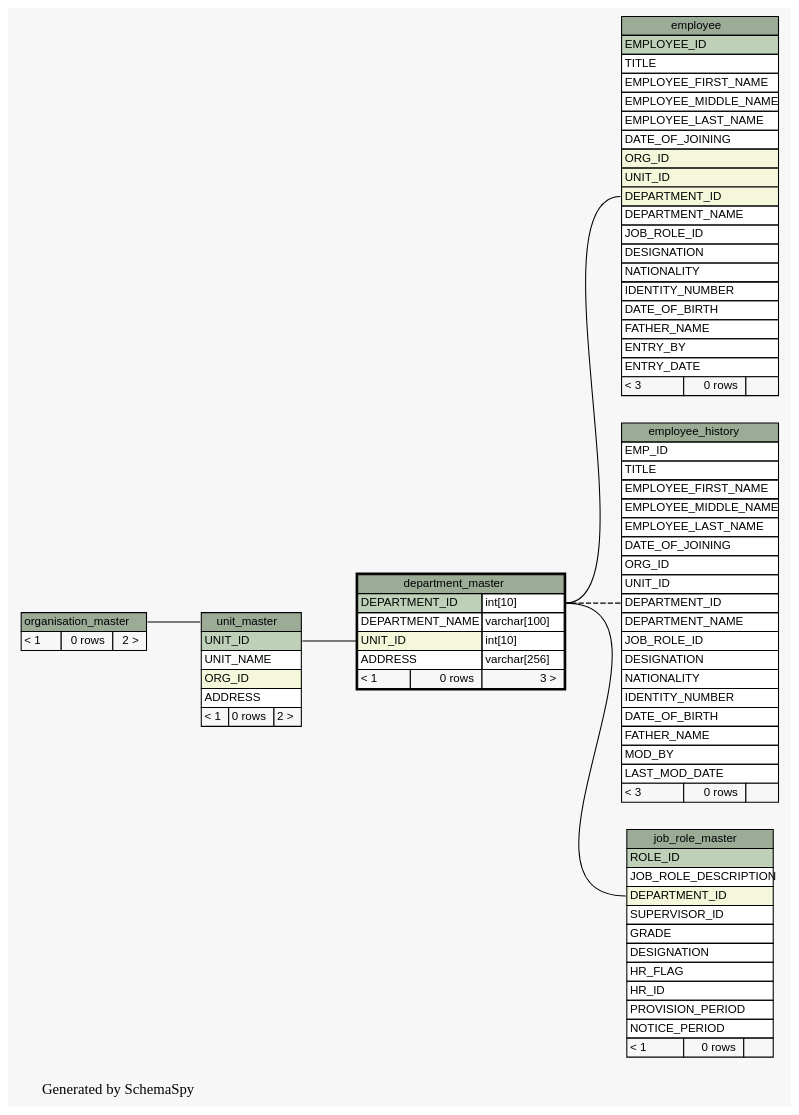
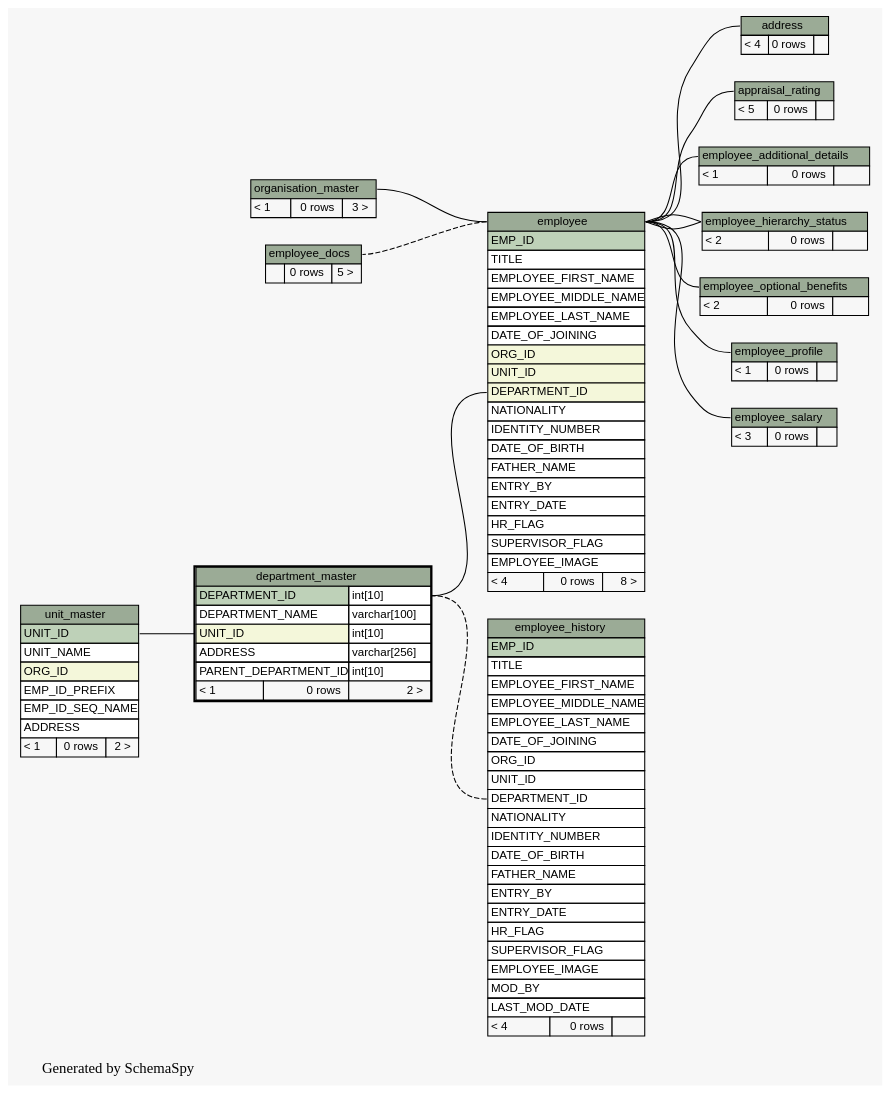
Before and after one commit to engineerscraft/hrms: the diagram in docs/database/schemaspy/graphs/department_master.implied2degrees.dot, drawn with Graphviz. The commit also changed 168 other files, not shown here.

Commit message:
Database script modified and schemaspy doc generated

```diff
--- a/docs/database/schemaspy/graphs/department_master.implied2degrees.dot
+++ b/docs/database/schemaspy/graphs/department_master.implied2degrees.dot
@@ -14,11 +14,37 @@
   edge [
     arrowsize="0.8"
   ];
+  "address":"address.heading":w -> "employee":"employee.heading":e [arrowtail=tee arrowhead=none];
+  "appraisal_rating":"appraisal_rating.heading":w -> "employee":"employee.heading":e [arrowtail=crowtee arrowhead=none];
   "department_master":"UNIT_ID":w -> "unit_master":"UNIT_ID":e [arrowtail=crowodot arrowhead=none];
   "employee":"DEPARTMENT_ID":w -> "department_master":"DEPARTMENT_ID.type":e [arrowtail=crowodot arrowhead=none];
+  "employee":"employee.heading":w -> "employee_docs":"employee_docs.heading":e [arrowtail=tee arrowhead=none style=dashed];
+  "employee":"employee.heading":w -> "organisation_master":"organisation_master.heading":e [arrowtail=crowodot arrowhead=none];
+  "employee_additional_details":"employee_additional_details.heading":w -> "employee":"employee.heading":e [arrowtail=tee arrowhead=none];
+  "employee_hierarchy_status":"employee_hierarchy_status.heading":w -> "employee":"employee.heading":e [arrowtail=tee arrowhead=none];
+  "employee_hierarchy_status":"employee_hierarchy_status.heading":w -> "employee":"employee.heading":e [arrowtail=crowodot arrowhead=none];
   "employee_history":"DEPARTMENT_ID":w -> "department_master":"DEPARTMENT_ID.type":e [arrowtail=crowodot arrowhead=none style=dashed];
-  "job_role_master":"DEPARTMENT_ID":w -> "department_master":"DEPARTMENT_ID.type":e [arrowtail=crowodot arrowhead=none];
-  "unit_master":"unit_master.heading":w -> "organisation_master":"organisation_master.heading":e [arrowtail=crowodot arrowhead=none];
+  "employee_optional_benefits":"employee_optional_benefits.heading":w -> "employee":"employee.heading":e [arrowtail=crowodot arrowhead=none];
+  "employee_profile":"employee_profile.heading":w -> "employee":"employee.heading":e [arrowtail=tee arrowhead=none];
+  "employee_salary":"employee_salary.heading":w -> "employee":"employee.heading":e [arrowtail=crowtee arrowhead=none];
+  "address" [
+    label=<
+    <TABLE BORDER="0" CELLBORDER="1" CELLSPACING="0" BGCOLOR="#ffffff">
+      <TR><TD PORT="address.heading" COLSPAN="3" BGCOLOR="#9bab96" ALIGN="CENTER">address</TD></TR>
+      <TR><TD ALIGN="LEFT" BGCOLOR="#f7f7f7">&lt; 4</TD><TD ALIGN="RIGHT" BGCOLOR="#f7f7f7">0 rows</TD><TD ALIGN="RIGHT" BGCOLOR="#f7f7f7">  </TD></TR>
+    </TABLE>>
+    URL="address.html#graph"
+    tooltip="address"
+  ];
+  "appraisal_rating" [
+    label=<
+    <TABLE BORDER="0" CELLBORDER="1" CELLSPACING="0" BGCOLOR="#ffffff">
+      <TR><TD PORT="appraisal_rating.heading" COLSPAN="3" BGCOLOR="#9bab96" ALIGN="CENTER">appraisal_rating</TD></TR>
+      <TR><TD ALIGN="LEFT" BGCOLOR="#f7f7f7">&lt; 5</TD><TD ALIGN="RIGHT" BGCOLOR="#f7f7f7">0 rows</TD><TD ALIGN="RIGHT" BGCOLOR="#f7f7f7">  </TD></TR>
+    </TABLE>>
+    URL="appraisal_rating.html#graph"
+    tooltip="appraisal_rating"
+  ];
   "department_master" [
     label=<
     <TABLE BORDER="2" CELLBORDER="1" CELLSPACING="0" BGCOLOR="#ffffff">
@@ -27,7 +53,8 @@
       <TR><TD PORT="DEPARTMENT_NAME" COLSPAN="2" ALIGN="LEFT">DEPARTMENT_NAME</TD><TD PORT="DEPARTMENT_NAME.type" ALIGN="LEFT">varchar[100]</TD></TR>
       <TR><TD PORT="UNIT_ID" COLSPAN="2" BGCOLOR="#f4f7da" ALIGN="LEFT">UNIT_ID</TD><TD PORT="UNIT_ID.type" ALIGN="LEFT">int[10]</TD></TR>
       <TR><TD PORT="ADDRESS" COLSPAN="2" ALIGN="LEFT">ADDRESS</TD><TD PORT="ADDRESS.type" ALIGN="LEFT">varchar[256]</TD></TR>
-      <TR><TD ALIGN="LEFT" BGCOLOR="#f7f7f7">&lt; 1</TD><TD ALIGN="RIGHT" BGCOLOR="#f7f7f7">0 rows</TD><TD ALIGN="RIGHT" BGCOLOR="#f7f7f7">3 &gt;</TD></TR>
+      <TR><TD PORT="PARENT_DEPARTMENT_ID" COLSPAN="2" ALIGN="LEFT">PARENT_DEPARTMENT_ID</TD><TD PORT="PARENT_DEPARTMENT_ID.type" ALIGN="LEFT">int[10]</TD></TR>
+      <TR><TD ALIGN="LEFT" BGCOLOR="#f7f7f7">&lt; 1</TD><TD ALIGN="RIGHT" BGCOLOR="#f7f7f7">0 rows</TD><TD ALIGN="RIGHT" BGCOLOR="#f7f7f7">2 &gt;</TD></TR>
     </TABLE>>
     URL="department_master.html#"
     tooltip="department_master"
@@ -36,7 +63,7 @@
     label=<
     <TABLE BORDER="0" CELLBORDER="1" CELLSPACING="0" BGCOLOR="#ffffff">
       <TR><TD PORT="employee.heading" COLSPAN="3" BGCOLOR="#9bab96" ALIGN="CENTER">employee</TD></TR>
-      <TR><TD PORT="EMPLOYEE_ID" COLSPAN="3" BGCOLOR="#bed1b8" ALIGN="LEFT">EMPLOYEE_ID</TD></TR>
+      <TR><TD PORT="EMP_ID" COLSPAN="3" BGCOLOR="#bed1b8" ALIGN="LEFT">EMP_ID</TD></TR>
       <TR><TD PORT="TITLE" COLSPAN="3" ALIGN="LEFT">TITLE</TD></TR>
       <TR><TD PORT="EMPLOYEE_FIRST_NAME" COLSPAN="3" ALIGN="LEFT">EMPLOYEE_FIRST_NAME</TD></TR>
       <TR><TD PORT="EMPLOYEE_MIDDLE_NAME" COLSPAN="3" ALIGN="LEFT">EMPLOYEE_MIDDLE_NAME</TD></TR>
@@ -45,25 +72,52 @@
       <TR><TD PORT="ORG_ID" COLSPAN="3" BGCOLOR="#f4f7da" ALIGN="LEFT">ORG_ID</TD></TR>
       <TR><TD PORT="UNIT_ID" COLSPAN="3" BGCOLOR="#f4f7da" ALIGN="LEFT">UNIT_ID</TD></TR>
       <TR><TD PORT="DEPARTMENT_ID" COLSPAN="3" BGCOLOR="#f4f7da" ALIGN="LEFT">DEPARTMENT_ID</TD></TR>
-      <TR><TD PORT="DEPARTMENT_NAME" COLSPAN="3" ALIGN="LEFT">DEPARTMENT_NAME</TD></TR>
-      <TR><TD PORT="JOB_ROLE_ID" COLSPAN="3" ALIGN="LEFT">JOB_ROLE_ID</TD></TR>
-      <TR><TD PORT="DESIGNATION" COLSPAN="3" ALIGN="LEFT">DESIGNATION</TD></TR>
       <TR><TD PORT="NATIONALITY" COLSPAN="3" ALIGN="LEFT">NATIONALITY</TD></TR>
       <TR><TD PORT="IDENTITY_NUMBER" COLSPAN="3" ALIGN="LEFT">IDENTITY_NUMBER</TD></TR>
       <TR><TD PORT="DATE_OF_BIRTH" COLSPAN="3" ALIGN="LEFT">DATE_OF_BIRTH</TD></TR>
       <TR><TD PORT="FATHER_NAME" COLSPAN="3" ALIGN="LEFT">FATHER_NAME</TD></TR>
       <TR><TD PORT="ENTRY_BY" COLSPAN="3" ALIGN="LEFT">ENTRY_BY</TD></TR>
       <TR><TD PORT="ENTRY_DATE" COLSPAN="3" ALIGN="LEFT">ENTRY_DATE</TD></TR>
-      <TR><TD ALIGN="LEFT" BGCOLOR="#f7f7f7">&lt; 3</TD><TD ALIGN="RIGHT" BGCOLOR="#f7f7f7">0 rows</TD><TD ALIGN="RIGHT" BGCOLOR="#f7f7f7">  </TD></TR>
+      <TR><TD PORT="HR_FLAG" COLSPAN="3" ALIGN="LEFT">HR_FLAG</TD></TR>
+      <TR><TD PORT="SUPERVISOR_FLAG" COLSPAN="3" ALIGN="LEFT">SUPERVISOR_FLAG</TD></TR>
+      <TR><TD PORT="EMPLOYEE_IMAGE" COLSPAN="3" ALIGN="LEFT">EMPLOYEE_IMAGE</TD></TR>
+      <TR><TD ALIGN="LEFT" BGCOLOR="#f7f7f7">&lt; 4</TD><TD ALIGN="RIGHT" BGCOLOR="#f7f7f7">0 rows</TD><TD ALIGN="RIGHT" BGCOLOR="#f7f7f7">8 &gt;</TD></TR>
     </TABLE>>
     URL="employee.html#graph"
     tooltip="employee"
+  ];
+  "employee_additional_details" [
+    label=<
+    <TABLE BORDER="0" CELLBORDER="1" CELLSPACING="0" BGCOLOR="#ffffff">
+      <TR><TD PORT="employee_additional_details.heading" COLSPAN="3" BGCOLOR="#9bab96" ALIGN="CENTER">employee_additional_details</TD></TR>
+      <TR><TD ALIGN="LEFT" BGCOLOR="#f7f7f7">&lt; 1</TD><TD ALIGN="RIGHT" BGCOLOR="#f7f7f7">0 rows</TD><TD ALIGN="RIGHT" BGCOLOR="#f7f7f7">  </TD></TR>
+    </TABLE>>
+    URL="employee_additional_details.html#graph"
+    tooltip="employee_additional_details"
+  ];
+  "employee_docs" [
+    label=<
+    <TABLE BORDER="0" CELLBORDER="1" CELLSPACING="0" BGCOLOR="#ffffff">
+      <TR><TD PORT="employee_docs.heading" COLSPAN="3" BGCOLOR="#9bab96" ALIGN="CENTER">employee_docs</TD></TR>
+      <TR><TD ALIGN="LEFT" BGCOLOR="#f7f7f7">  </TD><TD ALIGN="RIGHT" BGCOLOR="#f7f7f7">0 rows</TD><TD ALIGN="RIGHT" BGCOLOR="#f7f7f7">5 &gt;</TD></TR>
+    </TABLE>>
+    URL="employee_docs.html#graph"
+    tooltip="employee_docs"
+  ];
+  "employee_hierarchy_status" [
+    label=<
+    <TABLE BORDER="0" CELLBORDER="1" CELLSPACING="0" BGCOLOR="#ffffff">
+      <TR><TD PORT="employee_hierarchy_status.heading" COLSPAN="3" BGCOLOR="#9bab96" ALIGN="CENTER">employee_hierarchy_status</TD></TR>
+      <TR><TD ALIGN="LEFT" BGCOLOR="#f7f7f7">&lt; 2</TD><TD ALIGN="RIGHT" BGCOLOR="#f7f7f7">0 rows</TD><TD ALIGN="RIGHT" BGCOLOR="#f7f7f7">  </TD></TR>
+    </TABLE>>
+    URL="employee_hierarchy_status.html#graph"
+    tooltip="employee_hierarchy_status"
   ];
   "employee_history" [
     label=<
     <TABLE BORDER="0" CELLBORDER="1" CELLSPACING="0" BGCOLOR="#ffffff">
       <TR><TD PORT="employee_history.heading" COLSPAN="3" BGCOLOR="#9bab96" ALIGN="CENTER">employee_history</TD></TR>
-      <TR><TD PORT="EMP_ID" COLSPAN="3" ALIGN="LEFT">EMP_ID</TD></TR>
+      <TR><TD PORT="EMP_ID" COLSPAN="3" BGCOLOR="#bed1b8" ALIGN="LEFT">EMP_ID</TD></TR>
       <TR><TD PORT="TITLE" COLSPAN="3" ALIGN="LEFT">TITLE</TD></TR>
       <TR><TD PORT="EMPLOYEE_FIRST_NAME" COLSPAN="3" ALIGN="LEFT">EMPLOYEE_FIRST_NAME</TD></TR>
       <TR><TD PORT="EMPLOYEE_MIDDLE_NAME" COLSPAN="3" ALIGN="LEFT">EMPLOYEE_MIDDLE_NAME</TD></TR>
@@ -72,44 +126,54 @@
       <TR><TD PORT="ORG_ID" COLSPAN="3" ALIGN="LEFT">ORG_ID</TD></TR>
       <TR><TD PORT="UNIT_ID" COLSPAN="3" ALIGN="LEFT">UNIT_ID</TD></TR>
       <TR><TD PORT="DEPARTMENT_ID" COLSPAN="3" ALIGN="LEFT">DEPARTMENT_ID</TD></TR>
-      <TR><TD PORT="DEPARTMENT_NAME" COLSPAN="3" ALIGN="LEFT">DEPARTMENT_NAME</TD></TR>
-      <TR><TD PORT="JOB_ROLE_ID" COLSPAN="3" ALIGN="LEFT">JOB_ROLE_ID</TD></TR>
-      <TR><TD PORT="DESIGNATION" COLSPAN="3" ALIGN="LEFT">DESIGNATION</TD></TR>
       <TR><TD PORT="NATIONALITY" COLSPAN="3" ALIGN="LEFT">NATIONALITY</TD></TR>
       <TR><TD PORT="IDENTITY_NUMBER" COLSPAN="3" ALIGN="LEFT">IDENTITY_NUMBER</TD></TR>
       <TR><TD PORT="DATE_OF_BIRTH" COLSPAN="3" ALIGN="LEFT">DATE_OF_BIRTH</TD></TR>
       <TR><TD PORT="FATHER_NAME" COLSPAN="3" ALIGN="LEFT">FATHER_NAME</TD></TR>
+      <TR><TD PORT="ENTRY_BY" COLSPAN="3" ALIGN="LEFT">ENTRY_BY</TD></TR>
+      <TR><TD PORT="ENTRY_DATE" COLSPAN="3" ALIGN="LEFT">ENTRY_DATE</TD></TR>
+      <TR><TD PORT="HR_FLAG" COLSPAN="3" ALIGN="LEFT">HR_FLAG</TD></TR>
+      <TR><TD PORT="SUPERVISOR_FLAG" COLSPAN="3" ALIGN="LEFT">SUPERVISOR_FLAG</TD></TR>
+      <TR><TD PORT="EMPLOYEE_IMAGE" COLSPAN="3" ALIGN="LEFT">EMPLOYEE_IMAGE</TD></TR>
       <TR><TD PORT="MOD_BY" COLSPAN="3" ALIGN="LEFT">MOD_BY</TD></TR>
       <TR><TD PORT="LAST_MOD_DATE" COLSPAN="3" ALIGN="LEFT">LAST_MOD_DATE</TD></TR>
-      <TR><TD ALIGN="LEFT" BGCOLOR="#f7f7f7">&lt; 3</TD><TD ALIGN="RIGHT" BGCOLOR="#f7f7f7">0 rows</TD><TD ALIGN="RIGHT" BGCOLOR="#f7f7f7">  </TD></TR>
+      <TR><TD ALIGN="LEFT" BGCOLOR="#f7f7f7">&lt; 4</TD><TD ALIGN="RIGHT" BGCOLOR="#f7f7f7">0 rows</TD><TD ALIGN="RIGHT" BGCOLOR="#f7f7f7">  </TD></TR>
     </TABLE>>
     URL="employee_history.html#graph"
     tooltip="employee_history"
   ];
-  "job_role_master" [
+  "employee_optional_benefits" [
     label=<
     <TABLE BORDER="0" CELLBORDER="1" CELLSPACING="0" BGCOLOR="#ffffff">
-      <TR><TD PORT="job_role_master.heading" COLSPAN="3" BGCOLOR="#9bab96" ALIGN="CENTER">job_role_master</TD></TR>
-      <TR><TD PORT="ROLE_ID" COLSPAN="3" BGCOLOR="#bed1b8" ALIGN="LEFT">ROLE_ID</TD></TR>
-      <TR><TD PORT="JOB_ROLE_DESCRIPTION" COLSPAN="3" ALIGN="LEFT">JOB_ROLE_DESCRIPTION</TD></TR>
-      <TR><TD PORT="DEPARTMENT_ID" COLSPAN="3" BGCOLOR="#f4f7da" ALIGN="LEFT">DEPARTMENT_ID</TD></TR>
-      <TR><TD PORT="SUPERVISOR_ID" COLSPAN="3" ALIGN="LEFT">SUPERVISOR_ID</TD></TR>
-      <TR><TD PORT="GRADE" COLSPAN="3" ALIGN="LEFT">GRADE</TD></TR>
-      <TR><TD PORT="DESIGNATION" COLSPAN="3" ALIGN="LEFT">DESIGNATION</TD></TR>
-      <TR><TD PORT="HR_FLAG" COLSPAN="3" ALIGN="LEFT">HR_FLAG</TD></TR>
-      <TR><TD PORT="HR_ID" COLSPAN="3" ALIGN="LEFT">HR_ID</TD></TR>
-      <TR><TD PORT="PROVISION_PERIOD" COLSPAN="3" ALIGN="LEFT">PROVISION_PERIOD</TD></TR>
-      <TR><TD PORT="NOTICE_PERIOD" COLSPAN="3" ALIGN="LEFT">NOTICE_PERIOD</TD></TR>
+      <TR><TD PORT="employee_optional_benefits.heading" COLSPAN="3" BGCOLOR="#9bab96" ALIGN="CENTER">employee_optional_benefits</TD></TR>
+      <TR><TD ALIGN="LEFT" BGCOLOR="#f7f7f7">&lt; 2</TD><TD ALIGN="RIGHT" BGCOLOR="#f7f7f7">0 rows</TD><TD ALIGN="RIGHT" BGCOLOR="#f7f7f7">  </TD></TR>
+    </TABLE>>
+    URL="employee_optional_benefits.html#graph"
+    tooltip="employee_optional_benefits"
+  ];
+  "employee_profile" [
+    label=<
+    <TABLE BORDER="0" CELLBORDER="1" CELLSPACING="0" BGCOLOR="#ffffff">
+      <TR><TD PORT="employee_profile.heading" COLSPAN="3" BGCOLOR="#9bab96" ALIGN="CENTER">employee_profile</TD></TR>
       <TR><TD ALIGN="LEFT" BGCOLOR="#f7f7f7">&lt; 1</TD><TD ALIGN="RIGHT" BGCOLOR="#f7f7f7">0 rows</TD><TD ALIGN="RIGHT" BGCOLOR="#f7f7f7">  </TD></TR>
     </TABLE>>
-    URL="job_role_master.html#graph"
-    tooltip="job_role_master"
+    URL="employee_profile.html#graph"
+    tooltip="employee_profile"
+  ];
+  "employee_salary" [
+    label=<
+    <TABLE BORDER="0" CELLBORDER="1" CELLSPACING="0" BGCOLOR="#ffffff">
+      <TR><TD PORT="employee_salary.heading" COLSPAN="3" BGCOLOR="#9bab96" ALIGN="CENTER">employee_salary</TD></TR>
+      <TR><TD ALIGN="LEFT" BGCOLOR="#f7f7f7">&lt; 3</TD><TD ALIGN="RIGHT" BGCOLOR="#f7f7f7">0 rows</TD><TD ALIGN="RIGHT" BGCOLOR="#f7f7f7">  </TD></TR>
+    </TABLE>>
+    URL="employee_salary.html#graph"
+    tooltip="employee_salary"
   ];
   "organisation_master" [
     label=<
     <TABLE BORDER="0" CELLBORDER="1" CELLSPACING="0" BGCOLOR="#ffffff">
       <TR><TD PORT="organisation_master.heading" COLSPAN="3" BGCOLOR="#9bab96" ALIGN="CENTER">organisation_master</TD></TR>
-      <TR><TD ALIGN="LEFT" BGCOLOR="#f7f7f7">&lt; 1</TD><TD ALIGN="RIGHT" BGCOLOR="#f7f7f7">0 rows</TD><TD ALIGN="RIGHT" BGCOLOR="#f7f7f7">2 &gt;</TD></TR>
+      <TR><TD ALIGN="LEFT" BGCOLOR="#f7f7f7">&lt; 1</TD><TD ALIGN="RIGHT" BGCOLOR="#f7f7f7">0 rows</TD><TD ALIGN="RIGHT" BGCOLOR="#f7f7f7">3 &gt;</TD></TR>
     </TABLE>>
     URL="organisation_master.html#graph"
     tooltip="organisation_master"
@@ -121,6 +185,8 @@
       <TR><TD PORT="UNIT_ID" COLSPAN="3" BGCOLOR="#bed1b8" ALIGN="LEFT">UNIT_ID</TD></TR>
       <TR><TD PORT="UNIT_NAME" COLSPAN="3" ALIGN="LEFT">UNIT_NAME</TD></TR>
       <TR><TD PORT="ORG_ID" COLSPAN="3" BGCOLOR="#f4f7da" ALIGN="LEFT">ORG_ID</TD></TR>
+      <TR><TD PORT="EMP_ID_PREFIX" COLSPAN="3" ALIGN="LEFT">EMP_ID_PREFIX</TD></TR>
+      <TR><TD PORT="EMP_ID_SEQ_NAME" COLSPAN="3" ALIGN="LEFT">EMP_ID_SEQ_NAME</TD></TR>
       <TR><TD PORT="ADDRESS" COLSPAN="3" ALIGN="LEFT">ADDRESS</TD></TR>
       <TR><TD ALIGN="LEFT" BGCOLOR="#f7f7f7">&lt; 1</TD><TD ALIGN="RIGHT" BGCOLOR="#f7f7f7">0 rows</TD><TD ALIGN="RIGHT" BGCOLOR="#f7f7f7">2 &gt;</TD></TR>
     </TABLE>>
```
